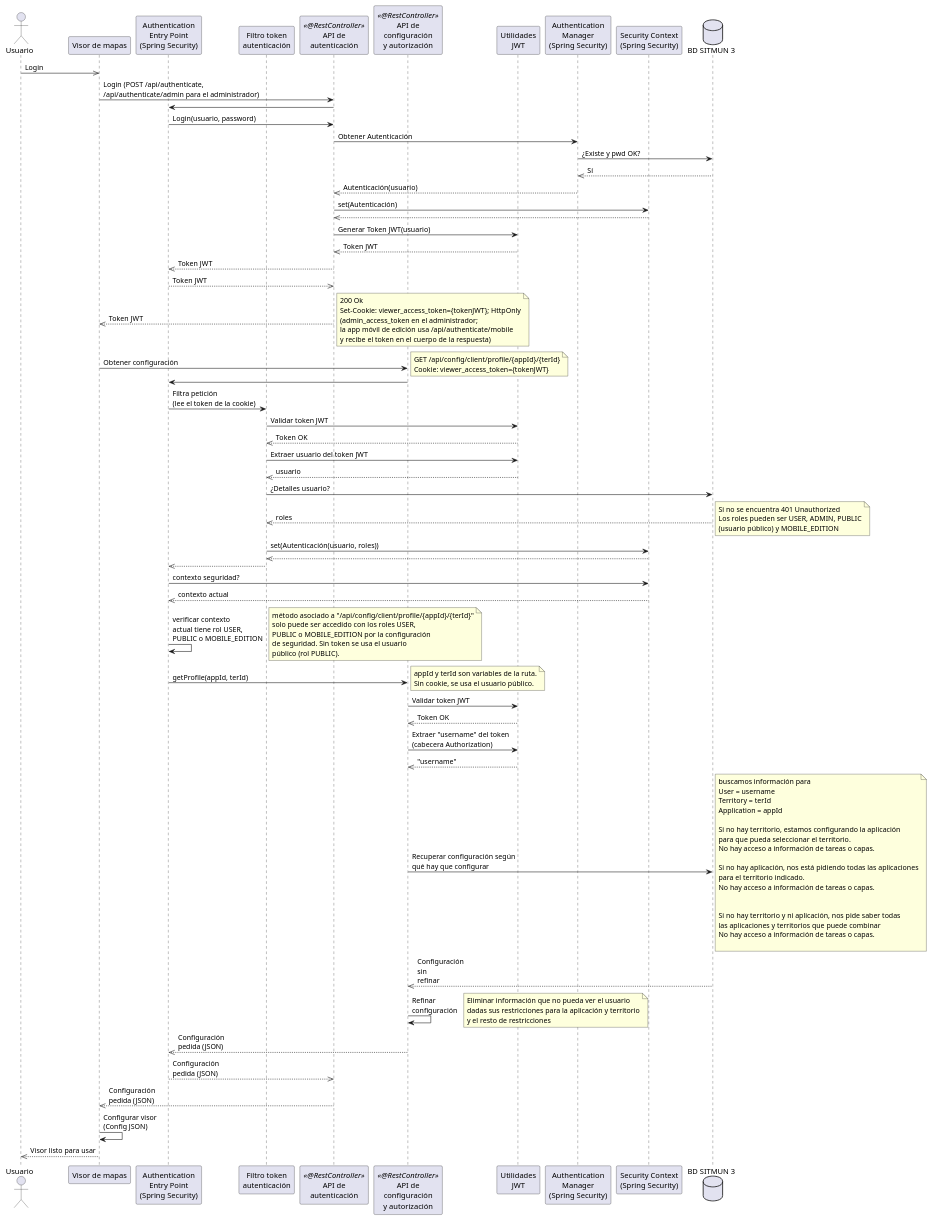
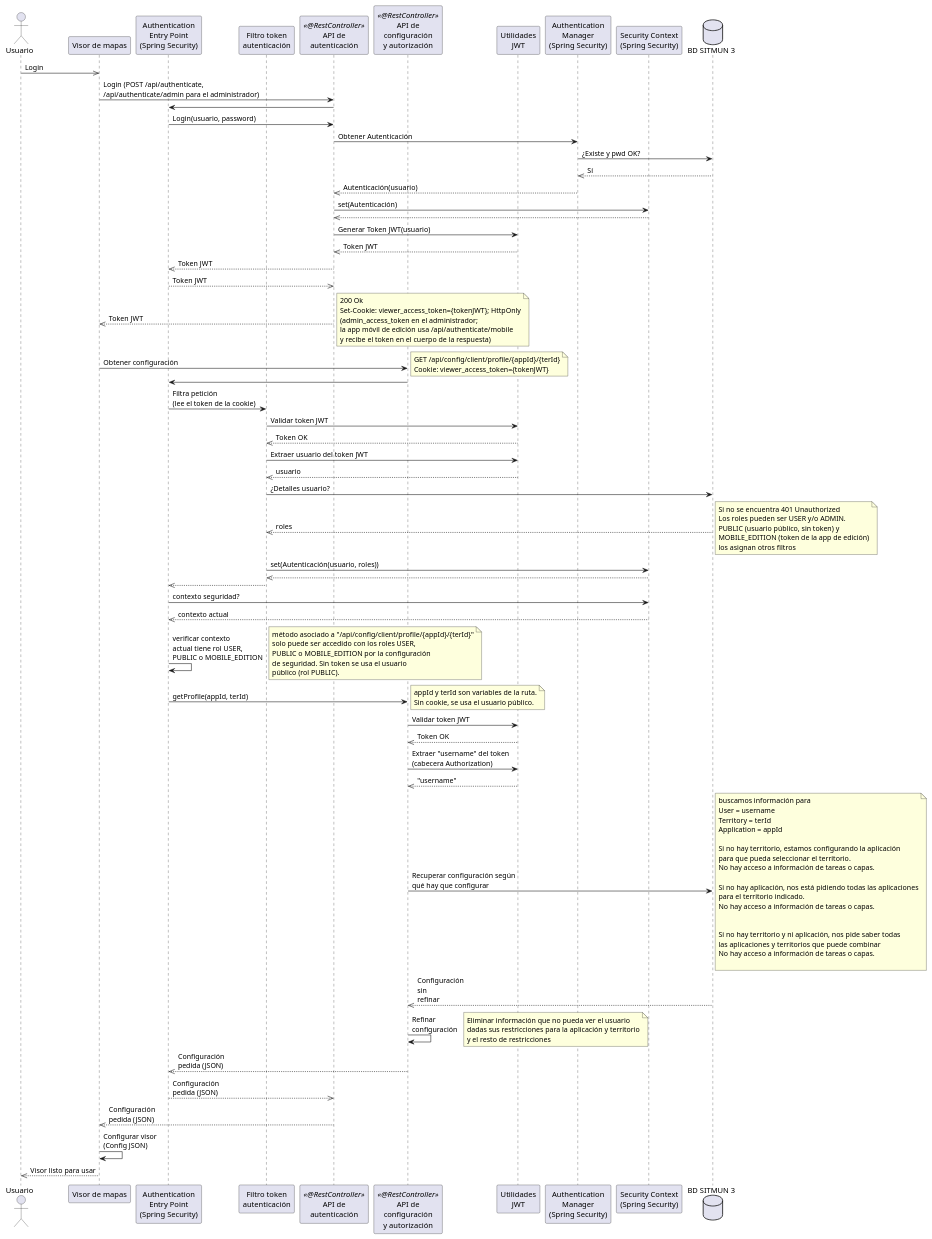
Before and after one commit to sitmun/sitmun.github.io: the second of 6 diagrams in docs/que-es-sitmun/plataforma/arquitectura/index.md, drawn with PlantUML. The commit also changed 37 other files, not shown here.

```diff
--- a/docs/que-es-sitmun/plataforma/arquitectura/index.md
+++ b/docs/que-es-sitmun/plataforma/arquitectura/index.md
@@ -386,8 +386,10 @@
 Database -->> AuthTokenFilter: roles
 note right
   Si no se encuentra 401 Unauthorized
-  Los roles pueden ser USER, ADMIN, PUBLIC
-  (usuario público) y MOBILE_EDITION
+  Los roles pueden ser USER y/o ADMIN.
+  PUBLIC (usuario público, sin token) y
+  MOBILE_EDITION (token de la app de edición)
+  los asignan otros filtros
 end note
 AuthTokenFilter -> SecurityContext: set(Autenticación(usuario, roles))
 SecurityContext -->> AuthTokenFilter
```
